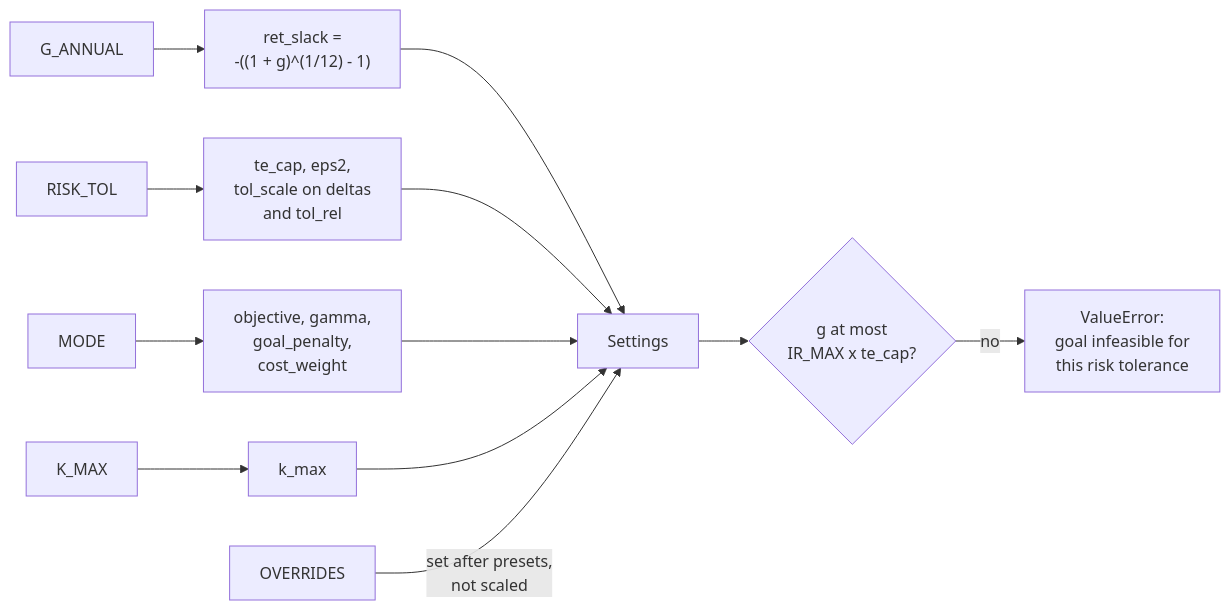
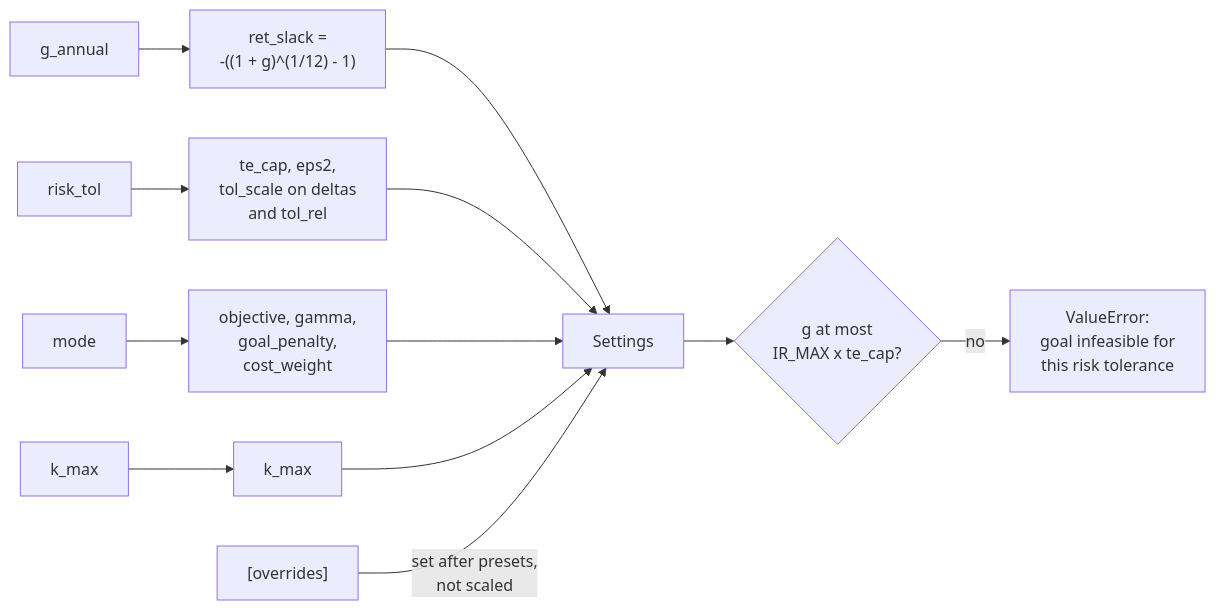
The diagram in documentation/05_settings.md (s-ychen/Capstone), drawn with Mermaid before and after one commit. The commit also changed other lines of this file and 18 other files, not shown here.

````diff
--- a/documentation/05_settings.md
+++ b/documentation/05_settings.md
@@ -5,15 +5,15 @@
 ```mermaid
 %%{init: {"flowchart": {"wrappingWidth": 1000}, "markdownAutoWrap": false, "themeCSS": ".node .label div, .node .nodeLabel, .node p { text-align: left !important; }"}}%%
 flowchart LR
-    G["G_ANNUAL"] --> RS["ret_slack =<br/>-((1 + g)^(1/12) - 1)"]
-    RT["RISK_TOL"] --> R["te_cap, eps2,<br/>tol_scale on deltas<br/>and tol_rel"]
-    MO["MODE"] --> MD["objective, gamma,<br/>goal_penalty,<br/>cost_weight"]
-    K["K_MAX"] --> KM["k_max"]
+    G["g_annual"] --> RS["ret_slack =<br/>-((1 + g)^(1/12) - 1)"]
+    RT["risk_tol"] --> R["te_cap, eps2,<br/>tol_scale on deltas<br/>and tol_rel"]
+    MO["mode"] --> MD["objective, gamma,<br/>goal_penalty,<br/>cost_weight"]
+    K["k_max"] --> KM["k_max"]
     RS --> S["Settings"]
     R --> S
     MD --> S
     KM --> S
-    OV["OVERRIDES"] -->|"set after presets,<br/>not scaled"| S
+    OV["[overrides]"] -->|"set after presets,<br/>not scaled"| S
     S --> CHK{"g at most<br/>IR_MAX x te_cap?"}
     CHK -->|no| ERR["ValueError:<br/>goal infeasible for<br/>this risk tolerance"]
 ```
````
